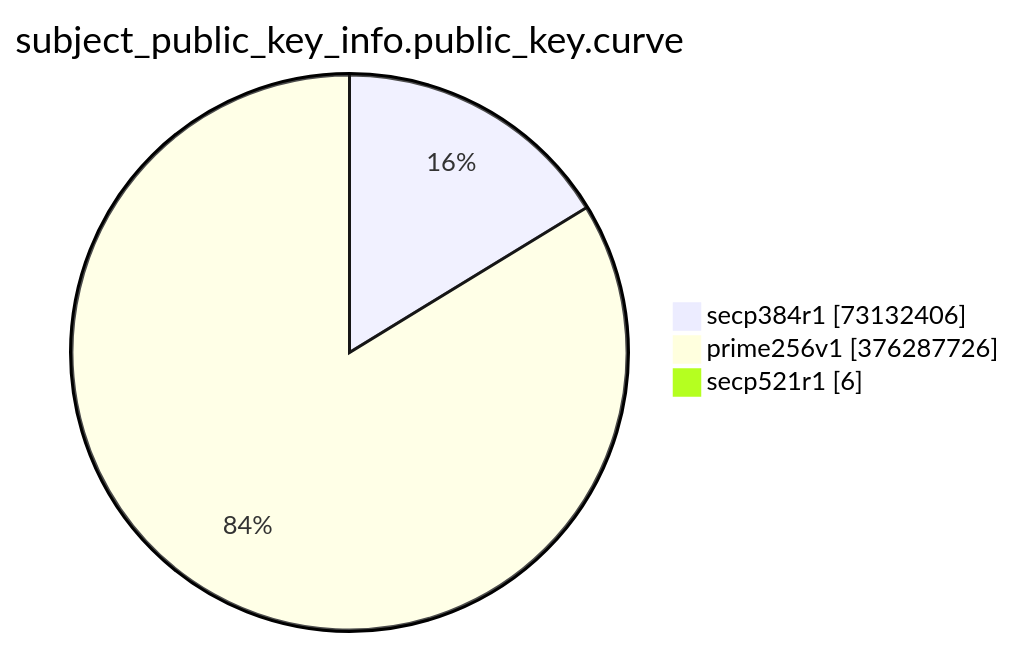
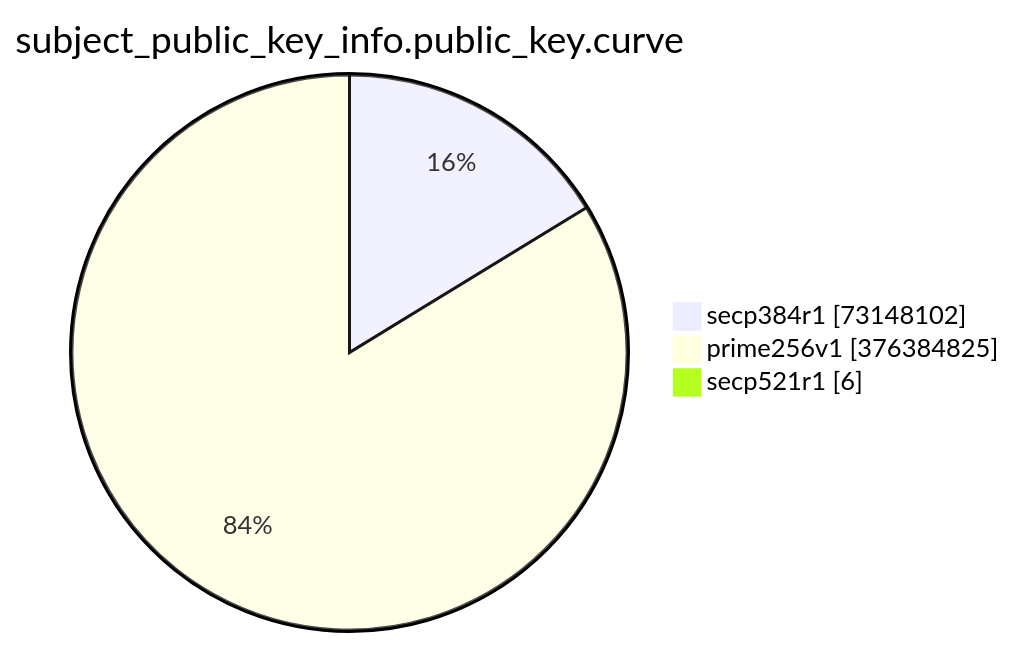
One commit to christiankrug/ctmonitor_visualization changed the eighth of 15 diagrams in TOTAL/README.md. Above: the diagram before and after it, drawn with Mermaid. The commit also changed other lines of this file, not shown here.

````diff
--- a/TOTAL/README.md
+++ b/TOTAL/README.md
@@ -3094,7 +3094,7 @@
 ```mermaid
 pie showData
 title subject_public_key_info.public_key.curve
-"secp384r1" :73132406
-"prime256v1" :376287726
+"secp384r1" :73148102
+"prime256v1" :376384825
 "secp521r1" :6
 ```
````
